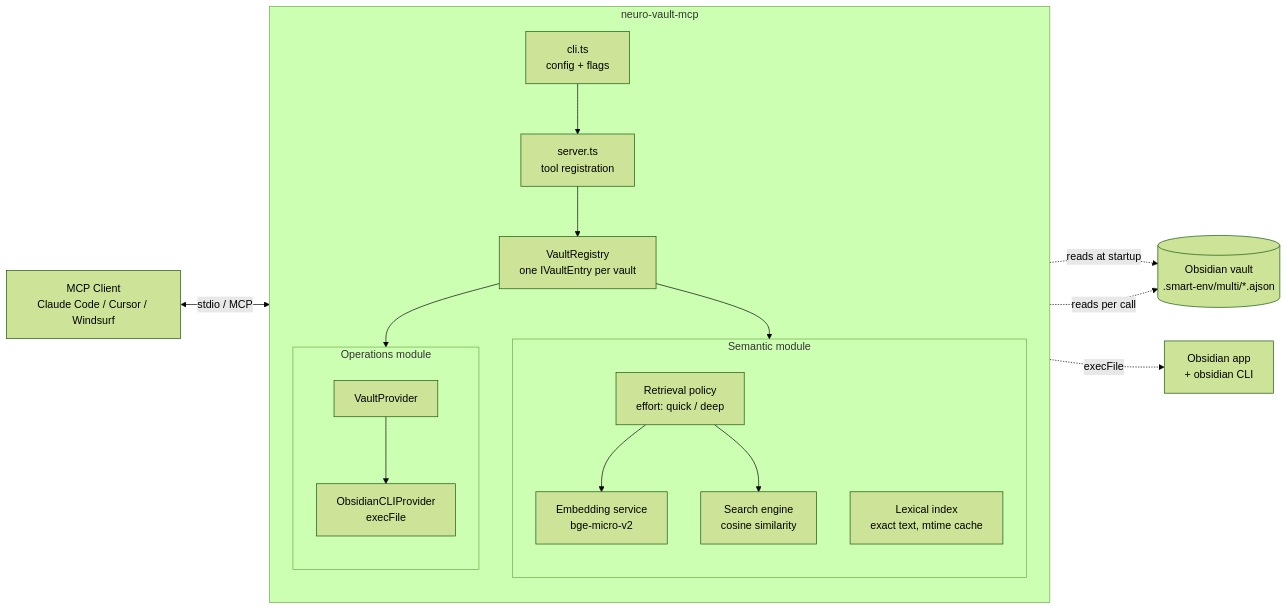
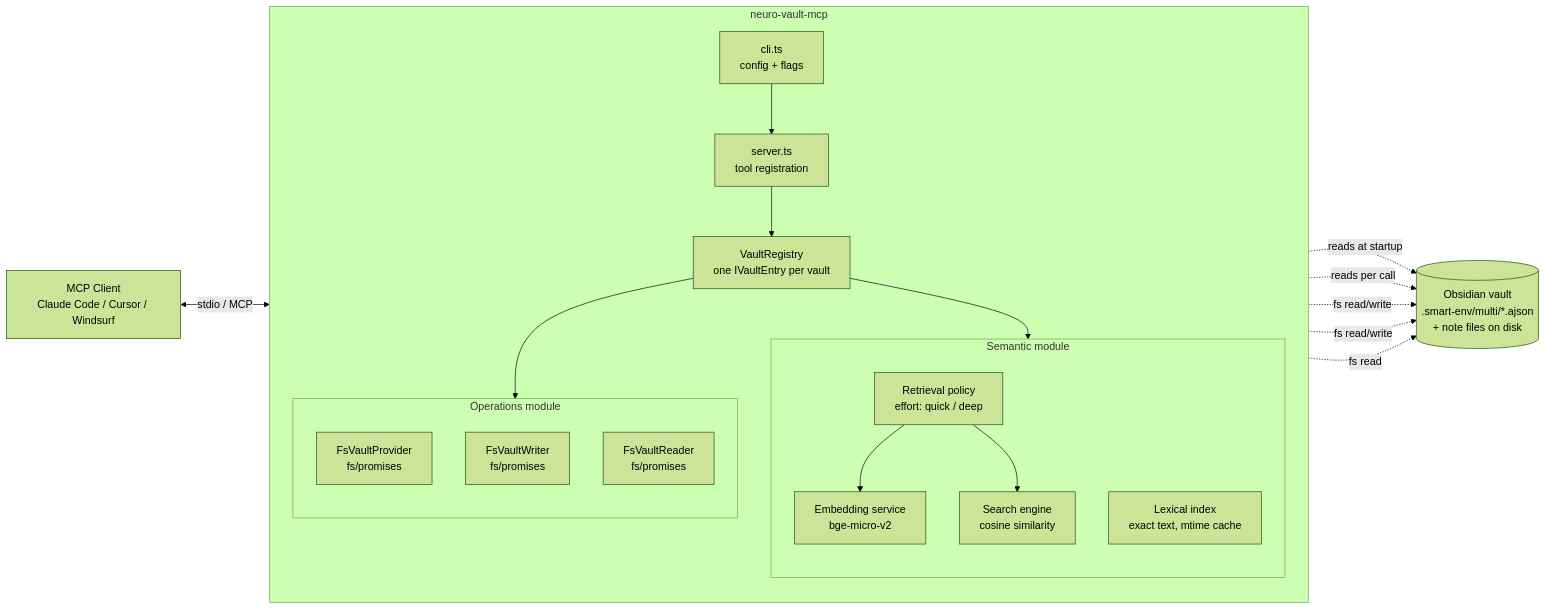
The diagram in docs/architecture/module-structure.md (AlexMost/neuro-vault), drawn with Mermaid (forest theme) before and after one commit. The commit also changed other lines of this file and 20 other files, not shown here.

First line of the commit message:
docs: record disk-direct vault operations, supersede ADR-0007

````diff
--- a/docs/architecture/module-structure.md
+++ b/docs/architecture/module-structure.md
@@ -52,35 +52,36 @@
 ```mermaid
 flowchart LR
     Client[MCP Client<br/>Claude Code / Cursor / Windsurf]
     subgraph Server[neuro-vault-mcp]
         direction TB
         CLI[cli.ts<br/>config + flags]
         Core[server.ts<br/>tool registration]
         Registry[VaultRegistry<br/>one IVaultEntry per vault]
         subgraph Semantic[Semantic module]
             direction TB
             Retrieval[Retrieval policy<br/>effort: quick / deep]
             Embed[Embedding service<br/>bge-micro-v2]
             Search[Search engine<br/>cosine similarity]
             Lexical[Lexical index<br/>exact text, mtime cache]
         end
         subgraph Operations[Operations module]
             direction TB
-            Provider[VaultProvider]
-            CLIProv[ObsidianCLIProvider<br/>execFile]
+            Provider[FsVaultProvider<br/>fs/promises]
+            Writer[FsVaultWriter<br/>fs/promises]
+            Reader[FsVaultReader<br/>fs/promises]
         end
         CLI --> Core
         Core --> Registry
         Registry --> Semantic
         Registry --> Operations
         Retrieval --> Embed
         Retrieval --> Search
-        Provider --> CLIProv
     end
-    Vault[(Obsidian vault<br/>.smart-env/multi/*.ajson)]
-    Obs[Obsidian app<br/>+ obsidian CLI]
+    Vault[(Obsidian vault<br/>.smart-env/multi/*.ajson<br/>+ note files on disk)]
     Client <-->|stdio / MCP| Core
     Search -. reads at startup .-> Vault
     Lexical -. reads per call .-> Vault
-    CLIProv -. execFile .-> Obs
+    Provider -. fs read/write .-> Vault
+    Writer -. fs read/write .-> Vault
+    Reader -. fs read .-> Vault
 ```
````
